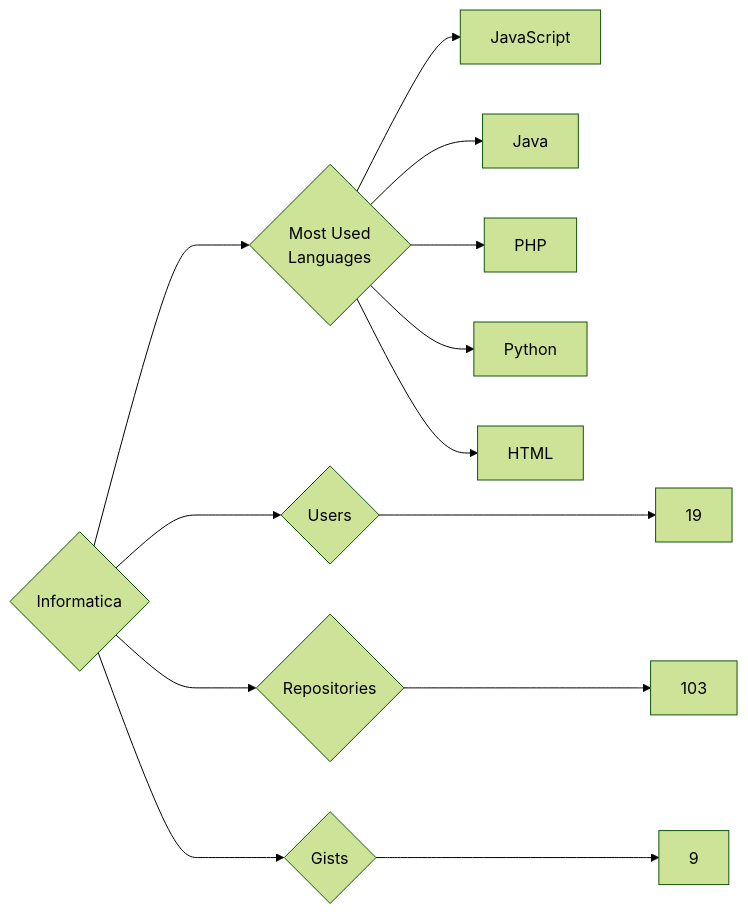
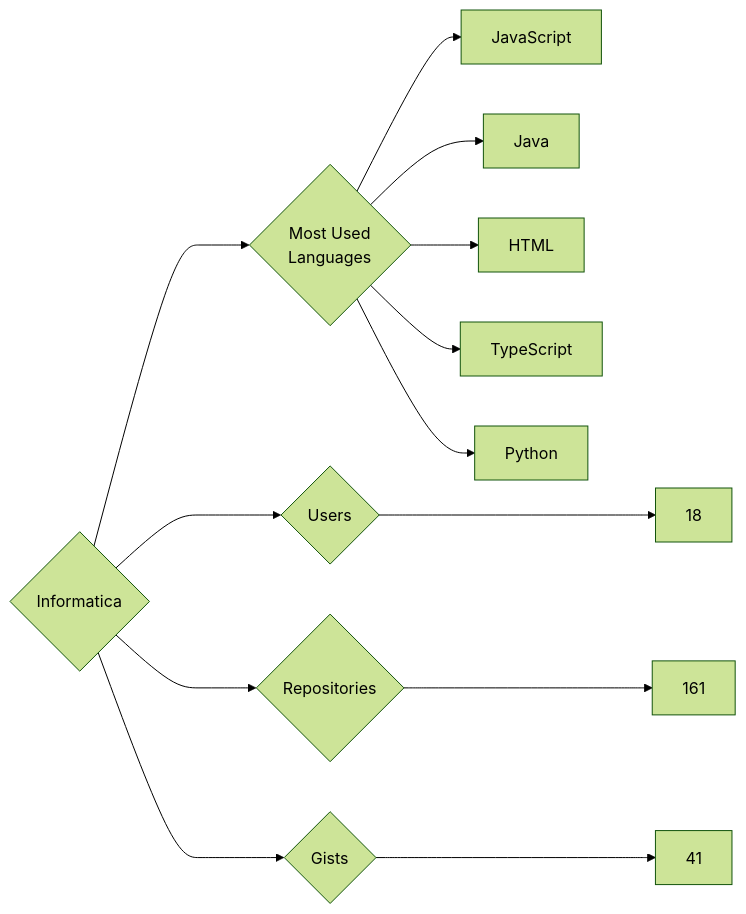
The diagram in targets/Informatica/README.md (trickest/insiders), drawn with Mermaid (forest theme) before and after one commit. The commit also changed 633 other files, not shown here.

````diff
--- a/targets/Informatica/README.md
+++ b/targets/Informatica/README.md
@@ -3,13 +3,13 @@
 ```mermaid
 graph LR
 COMPANY_NAME{Informatica}
-COMPANY_NAME ---> U{Users} ---> UN[19]
-COMPANY_NAME ---> R{Repositories} ---> RN[103]
-COMPANY_NAME ---> G{Gists} ---> GN[9]
+COMPANY_NAME ---> U{Users} ---> UN[18]
+COMPANY_NAME ---> R{Repositories} ---> RN[161]
+COMPANY_NAME ---> G{Gists} ---> GN[41]
 COMPANY_NAME ---> ML{Most Used<br>Languages}
 ML --> JavaScript[JavaScript]
 ML --> Java[Java]
-ML --> PHP[PHP]
+ML --> HTML[HTML]
+ML --> TypeScript[TypeScript]
 ML --> Python[Python]
-ML --> HTML[HTML]
 ```
````
